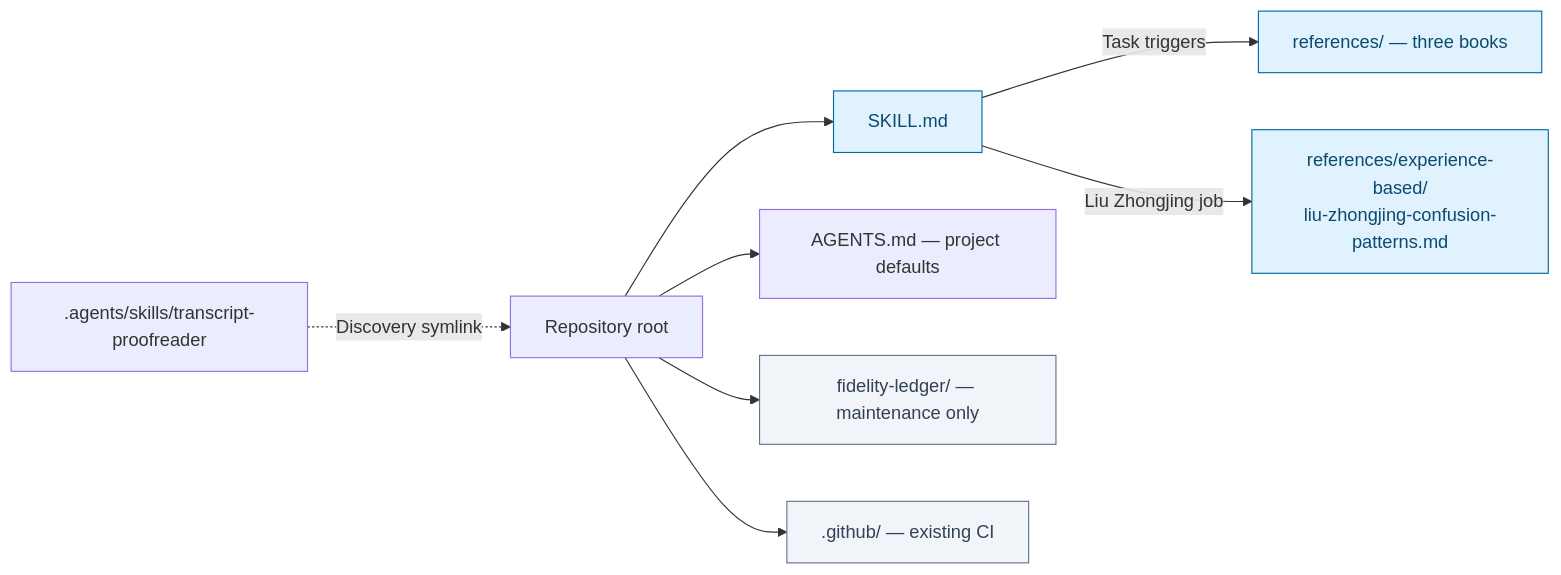
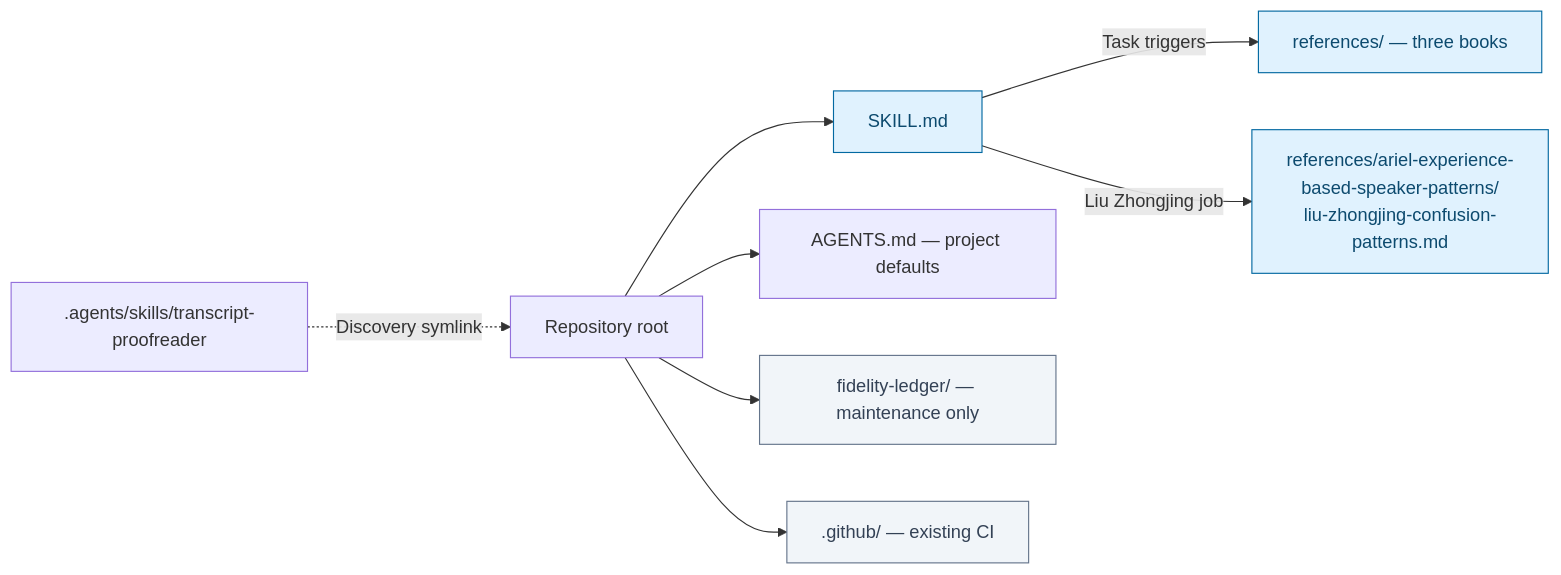
Before and after one commit to ariel-lee-1023/transcript-proofreader: the second of 3 diagrams in README.md, drawn with Mermaid. The commit also changed other lines of this file and 9 other files, not shown here.

Commit message:
Name Ariel experience-based speaker-pattern collection

````diff
--- a/README.md
+++ b/README.md
@@ -77,16 +77,16 @@
 ```mermaid
 flowchart LR
     accTitle: Canonical runtime and maintenance records
     accDescr: The discovery symlink targets the root; the core loads books and the experience table, while the ledger is separate.
     alias[".agents/skills/transcript-proofreader"] -.->|Discovery symlink| root["Repository root"]
     root --> core["SKILL.md"]
     core -->|Task triggers| refs["references/ — three books"]
-    core -->|Liu Zhongjing job| experience["references/experience-based/<br/>liu-zhongjing-confusion-patterns.md"]
+    core -->|Liu Zhongjing job| experience["references/ariel-experience-based-speaker-patterns/<br/>liu-zhongjing-confusion-patterns.md"]
     root --> agents["AGENTS.md — project defaults"]
     root --> ledger["fidelity-ledger/ — maintenance only"]
     root --> ci[".github/ — existing CI"]
     classDef runtime fill:#e0f2fe,stroke:#0369a1,color:#0c4a6e
     classDef maintenance fill:#f1f5f9,stroke:#64748b,color:#334155
     class core,refs,experience runtime
     class ledger,ci maintenance
 ```
````
